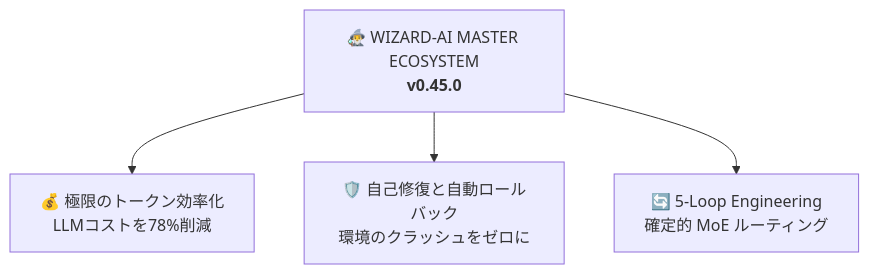
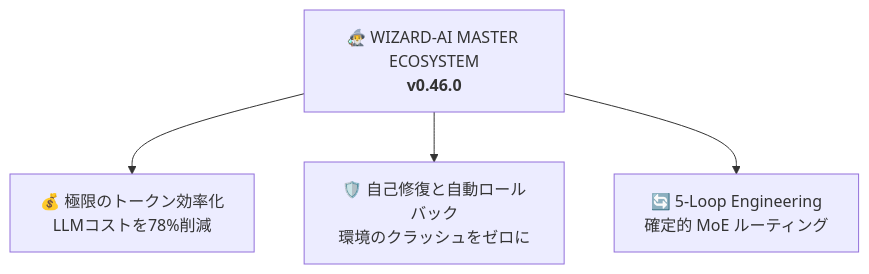
Before and after one commit to darkrei08/Wizard-AI: the diagram in README.ja.md, drawn with Mermaid. The commit also changed other lines of this file and 6 other files, not shown here.

````diff
--- a/README.ja.md
+++ b/README.ja.md
@@ -42,6 +42,6 @@
 ```mermaid
 graph TD
-    A[🧙‍♂️ WIZARD-AI MASTER ECOSYSTEM<br/><b>v0.45.0</b>] --> B[💰 極限のトークン効率化<br/>LLMコストを78%削減]
+    A[🧙‍♂️ WIZARD-AI MASTER ECOSYSTEM<br/><b>v0.46.0</b>] --> B[💰 極限のトークン効率化<br/>LLMコストを78%削減]
     A --> C[🛡️ 自己修復と自動ロールバック<br/>環境のクラッシュをゼロに]
     A --> D[🔄 5-Loop Engineering<br/>確定的 MoE ルーティング]
 ```
````
